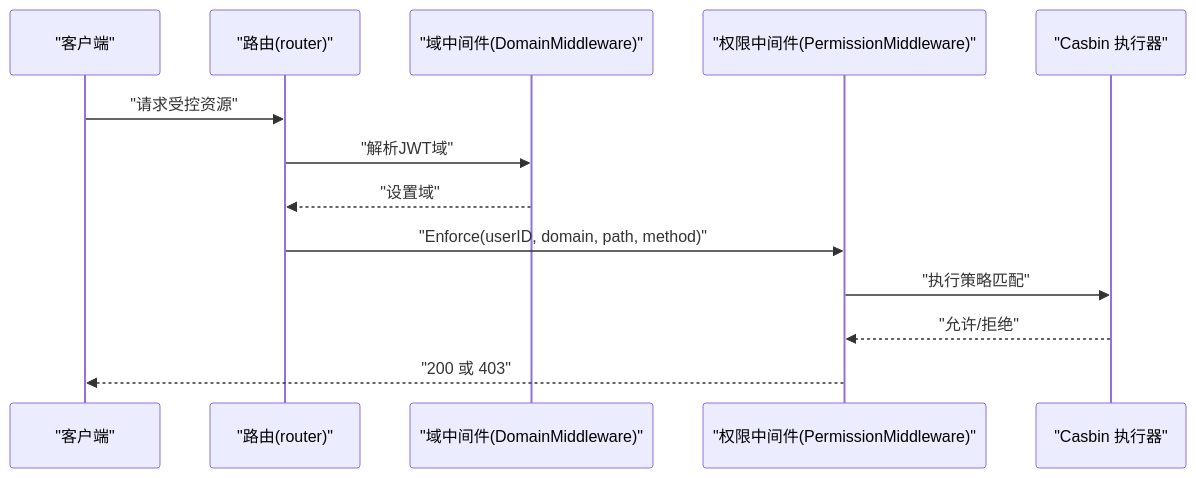
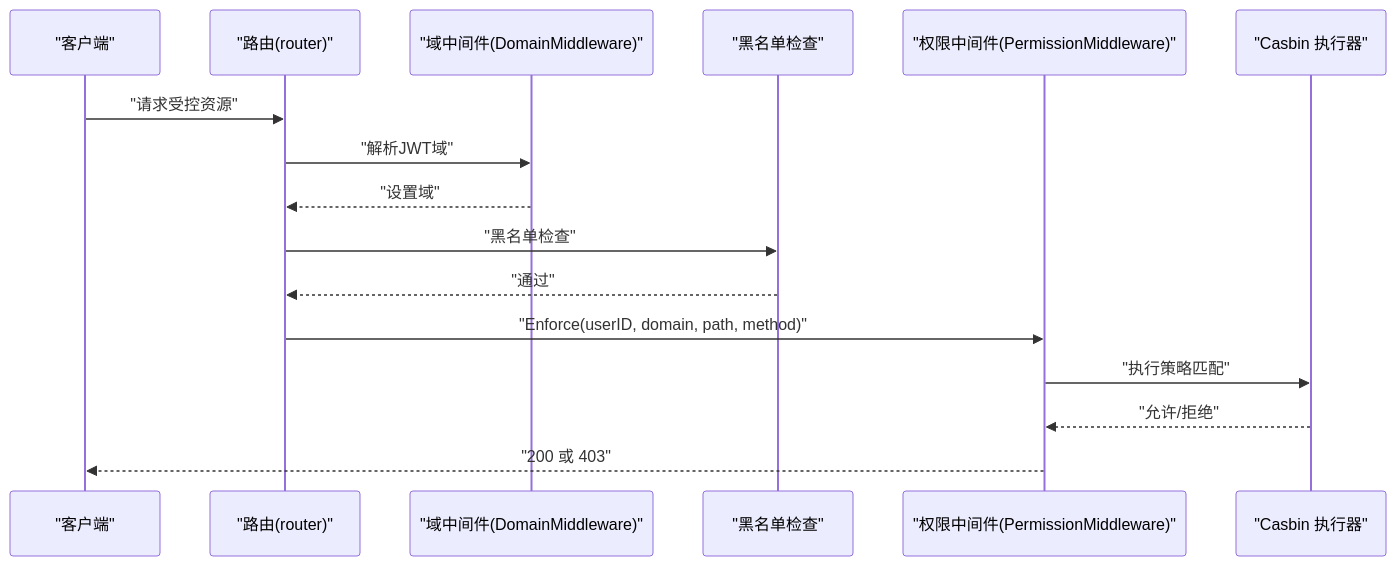
Before and after one commit to wuwuseo/e-sports-go-admin: the fifth of 7 diagrams in .qoder/repowiki/zh/content/核心模块/文件管理系统.md, drawn with Mermaid. The commit also changed other lines of this file and 42 other files, not shown here.

````diff
--- a/.qoder/repowiki/zh/content/核心模块/文件管理系统.md
+++ b/.qoder/repowiki/zh/content/核心模块/文件管理系统.md
@@ -232,15 +333,18 @@
 ```mermaid
 sequenceDiagram
 participant C as "客户端"
 participant R as "路由(router)"
 participant DM as "域中间件(DomainMiddleware)"
+participant BL as "黑名单检查"
 participant PM as "权限中间件(PermissionMiddleware)"
 participant E as "Casbin 执行器"
 C->>R : "请求受控资源"
 R->>DM : "解析JWT域"
 DM-->>R : "设置域"
+R->>BL : "黑名单检查"
+BL-->>R : "通过"
 R->>PM : "Enforce(userID, domain, path, method)"
 PM->>E : "执行策略匹配"
 E-->>PM : "允许/拒绝"
 PM-->>C : "200 或 403"
 ```
````
